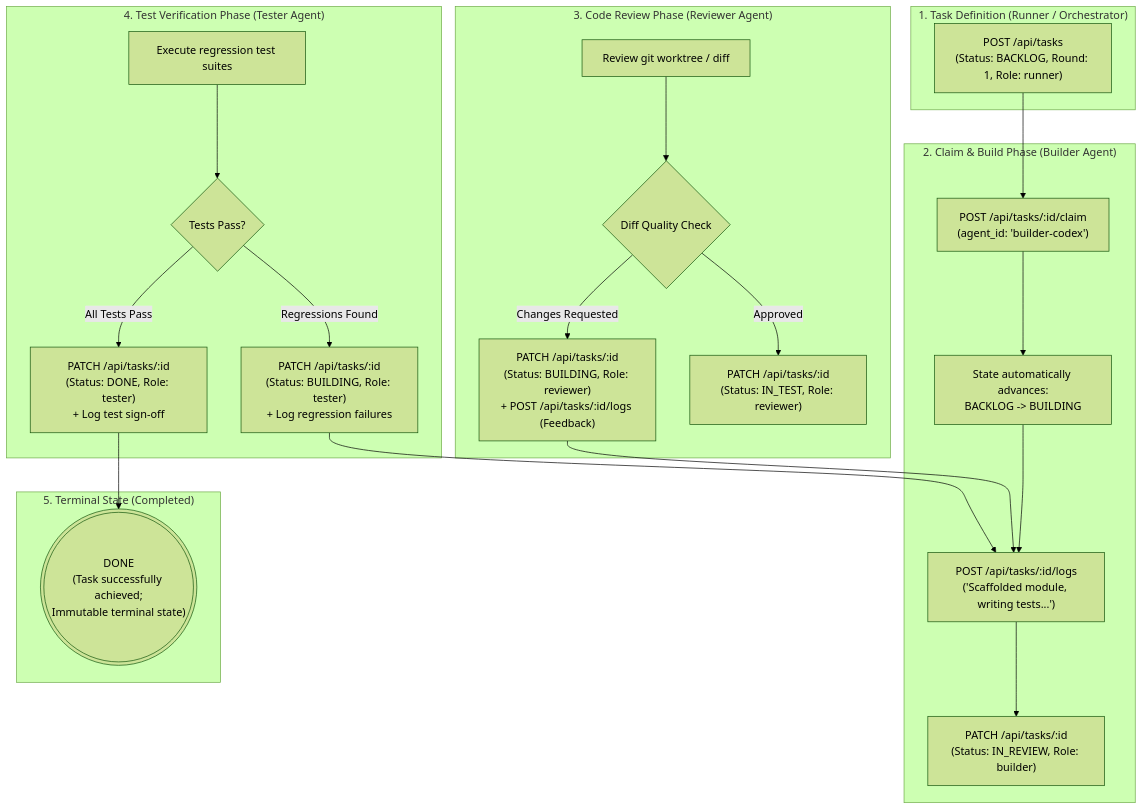
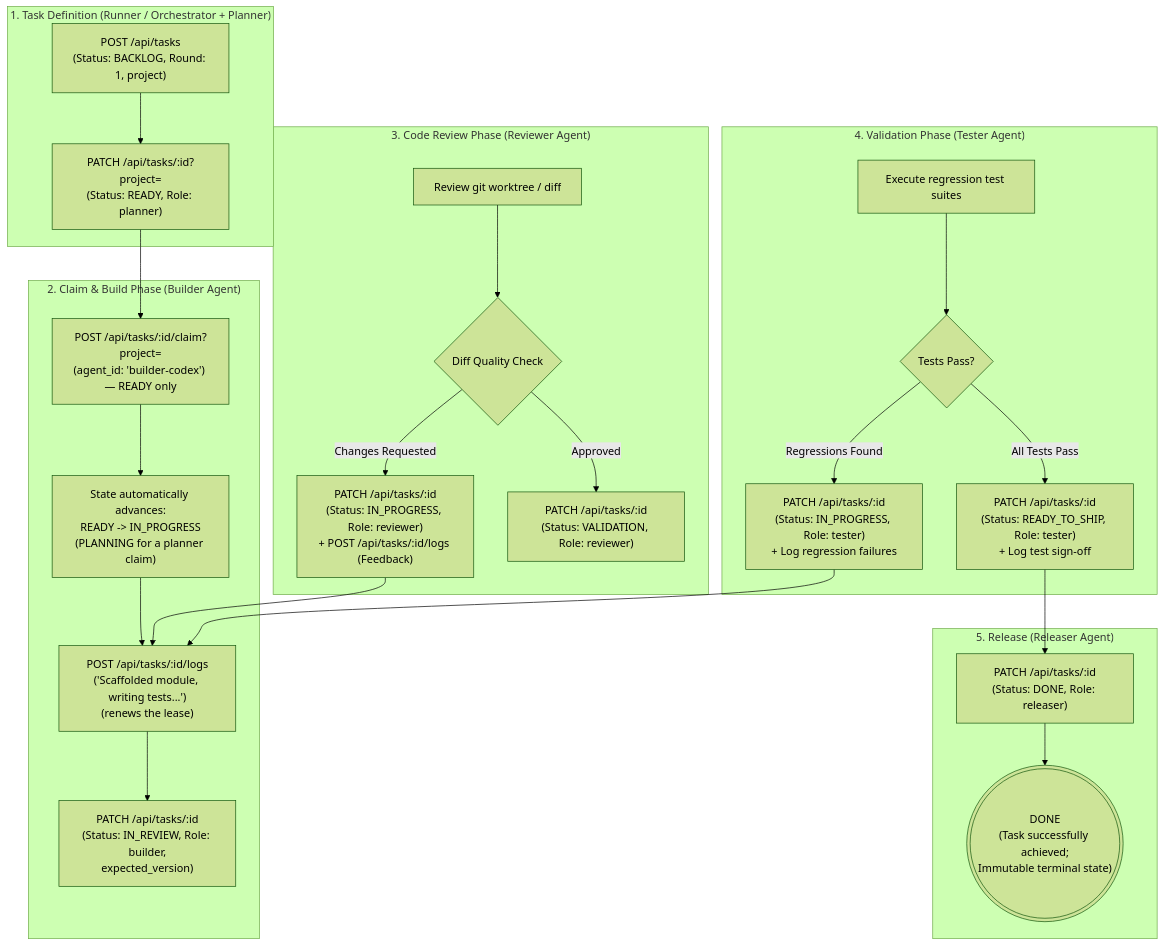
The first of 3 diagrams in docs/USER_AND_OPERATOR_MANUAL.md (riazrahaman/agent-kanban-board), drawn with Mermaid (forest theme) before and after one commit. The commit also changed other lines of this file and 14 other files, not shown here.

````diff
--- a/docs/USER_AND_OPERATOR_MANUAL.md
+++ b/docs/USER_AND_OPERATOR_MANUAL.md
@@ -14,48 +14,51 @@
 ```mermaid
 flowchart TD
-    subgraph S1 ["1. Task Definition (Runner / Orchestrator)"]
-        CreateTask["POST /api/tasks\n(Status: BACKLOG, Round: 1, Role: runner)"]
+    subgraph S1 ["1. Task Definition (Runner / Orchestrator + Planner)"]
+        CreateTask["POST /api/tasks\n(Status: BACKLOG, Round: 1, project)"]
+        ReadyTask["PATCH /api/tasks/:id?project=\n(Status: READY, Role: planner)"]
+        CreateTask --> ReadyTask
     end
 
     subgraph S2 ["2. Claim & Build Phase (Builder Agent)"]
-        ClaimTask["POST /api/tasks/:id/claim\n(agent_id: 'builder-codex')"]
-        AutoBuilding["State automatically advances:\nBACKLOG -> BUILDING"]
-        LogProgress["POST /api/tasks/:id/logs\n('Scaffolded module, writing tests...')"]
-        SubmitReview["PATCH /api/tasks/:id\n(Status: IN_REVIEW, Role: builder)"]
+        ClaimTask["POST /api/tasks/:id/claim?project=\n(agent_id: 'builder-codex') — READY only"]
+        AutoBuilding["State automatically advances:\nREADY -> IN_PROGRESS\n(PLANNING for a planner claim)"]
+        LogProgress["POST /api/tasks/:id/logs\n('Scaffolded module, writing tests...')\n(renews the lease)"]
+        SubmitReview["PATCH /api/tasks/:id\n(Status: IN_REVIEW, Role: builder,\nexpected_version)"]
         
         ClaimTask --> AutoBuilding --> LogProgress --> SubmitReview
     end
 
     subgraph S3 ["3. Code Review Phase (Reviewer Agent)"]
         InspectDiff["Review git worktree / diff"]
         ReviewDecision{"Diff Quality Check"}
         
-        RejectChanges["PATCH /api/tasks/:id\n(Status: BUILDING, Role: reviewer)\n+ POST /api/tasks/:id/logs (Feedback)"]
-        ApproveChanges["PATCH /api/tasks/:id\n(Status: IN_TEST, Role: reviewer)"]
+        RejectChanges["PATCH /api/tasks/:id\n(Status: IN_PROGRESS, Role: reviewer)\n+ POST /api/tasks/:id/logs (Feedback)"]
+        ApproveChanges["PATCH /api/tasks/:id\n(Status: VALIDATION, Role: reviewer)"]
         
         InspectDiff --> ReviewDecision
         ReviewDecision -- "Changes Requested" --> RejectChanges
         RejectChanges --> LogProgress
         ReviewDecision -- "Approved" --> ApproveChanges
     end
 
-    subgraph S4 ["4. Test Verification Phase (Tester Agent)"]
+    subgraph S4 ["4. Validation Phase (Tester Agent)"]
         RunSuite["Execute regression test suites"]
         TestDecision{"Tests Pass?"}
         
-        TestFail["PATCH /api/tasks/:id\n(Status: BUILDING, Role: tester)\n+ Log regression failures"]
-        TestPass["PATCH /api/tasks/:id\n(Status: DONE, Role: tester)\n+ Log test sign-off"]
+        TestFail["PATCH /api/tasks/:id\n(Status: IN_PROGRESS, Role: tester)\n+ Log regression failures"]
+        TestPass["PATCH /api/tasks/:id\n(Status: READY_TO_SHIP, Role: tester)\n+ Log test sign-off"]
         
         RunSuite --> TestDecision
         TestDecision -- "Regressions Found" --> TestFail
         TestFail --> LogProgress
         TestDecision -- "All Tests Pass" --> TestPass
     end
 
-    subgraph S5 ["5. Terminal State (Completed)"]
+    subgraph S5 ["5. Release (Releaser Agent)"]
+        Release["PATCH /api/tasks/:id\n(Status: DONE, Role: releaser)"]
         Finalized((("DONE\n(Task successfully achieved;\nImmutable terminal state)")))
-        TestPass --> Finalized
+        TestPass --> Release --> Finalized
     end
 
-    CreateTask --> ClaimTask
+    ReadyTask --> ClaimTask
 ```
````
